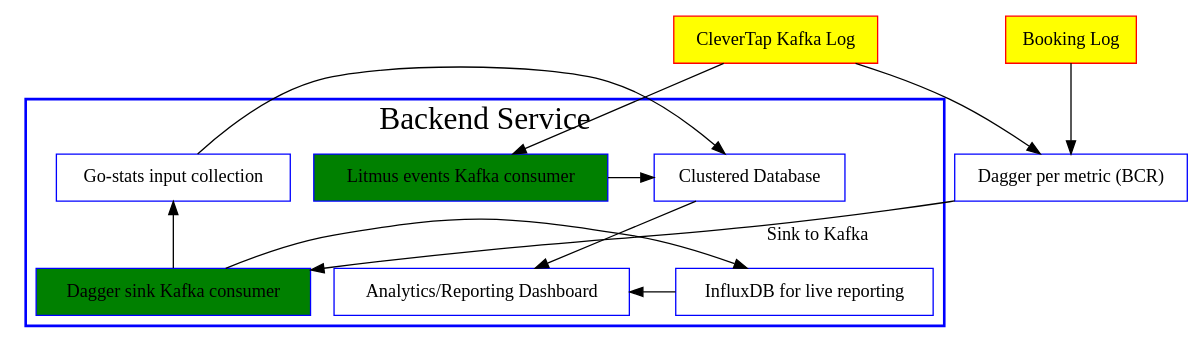
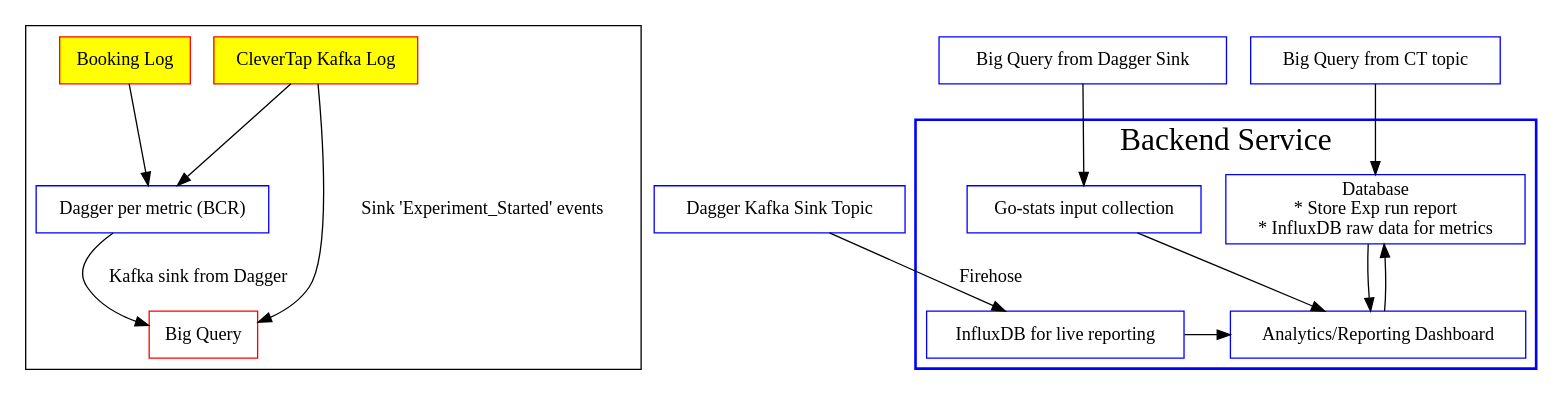
One commit to abhi-bit/dot-examples changed the diagram in agg.dot. Above: the diagram before and after it, drawn with Graphviz.

Commit message:
Leverage big query instead of Kafka consumer

```diff
--- a/agg.dot
+++ b/agg.dot
@@ -1,30 +1,38 @@
 digraph agg_arch {
         node[shape=record color=blue]
-        subgraph level0 {
+        subgraph cluster_level0 {
         entity1 [fontname="serif" label="CleverTap Kafka Log", color=red, fillcolor=yellow, style=filled];
-        entity2 [fontname="serif" label="Dagger per metric (BCR)"];
-        entity3 [fontname="serif" label="Booking Log", color=red, fillcolor=yellow, style=filled];
+        entity2 [fontname="serif" label="Booking Log", color=red, fillcolor=yellow, style=filled];
+        entity3 [fontname="serif" label="Dagger per metric (BCR)"];
+        entity4 [fontname="serif" label="Big Query", color=red];
+        // {rank=same; entity3, entity4}
         }
 
         subgraph cluster_level1 {
-            color=blue style=bold fontname="times bold italic" fontsize=24 label = "Backend Service";
-            block1 [fontname="serif" label="Clustered Database", shape=box];
-            block2 [fontname="serif" label="Litmus events Kafka consumer", shape=box, fillcolor=green, style=filled];
-            block3 [fontname="serif" label="Analytics/Reporting Dashboard", shape=box];
-            block4 [fontname="serif" label="Dagger sink Kafka consumer", shape=box, fillcolor=green, style=filled];
-            block5 [fontname="serif" label="InfluxDB for live reporting", shape=box];
-            block6 [fontname="serif" label="Go-stats input collection", shape=box];
-        {rank=same; block1, block2, block6}
-        {rank=same; block3, block4, block5}
+            color=blue style=bold fontname="times bold" fontsize=24 label = "Backend Service";
+            block1 [fontname="serif" label="Database \n* Store Exp run report\n* InfluxDB raw data for metrics", shape=box];
+            block2 [fontname="serif" label="Analytics/Reporting Dashboard", shape=box];
+            block3 [fontname="serif" label="InfluxDB for live reporting", shape=box];
+            block4 [fontname="serif" label="Go-stats input collection", shape=box];
+        {rank=same; block1, block4}
+        {rank=same; block2, block3}
         }
-        entity1->entity2
-        entity3->entity2
-        entity1->block2
-        entity2->block4 [label="Sink to Kafka"]
+        e_block1 [label="Dagger Kafka Sink Topic", shape=box]
+        e_block2 [label="Big Query from Dagger Sink", shape=box]
+        e_block3 [label="Big Query from CT topic", shape=box]
+
+        entity1->entity3
+        entity2->entity3
+        entity3->entity4 [label="Kafka sink from Dagger"]
+        entity1->entity4 [label="Sink 'Experiment_Started' events"]
+
+        e_block1->block3 [label="Firehose"]
+        block3->block2
+
+        e_block2->block4
+        block4->block2
+        block1->block2
         block2->block1
-        block4->block6
-        block4->block5
-        block5->block3
-        block1->block3
-        block6->block1
+
+        e_block3->block1
 }
```
